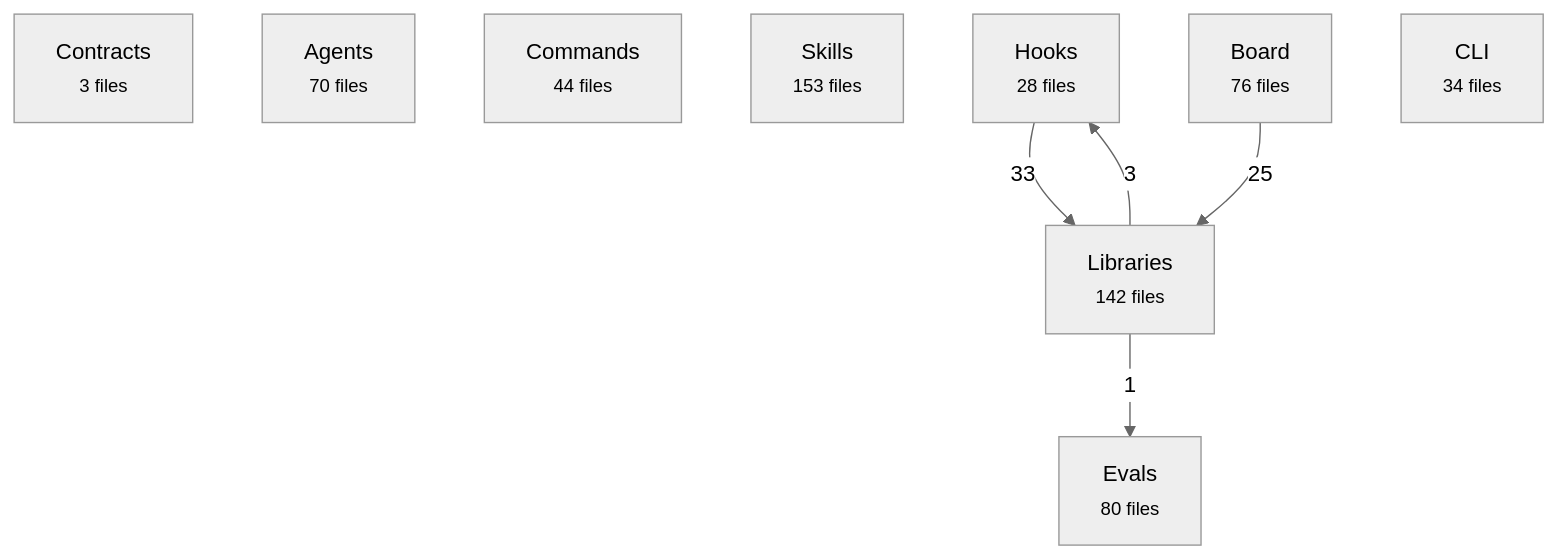
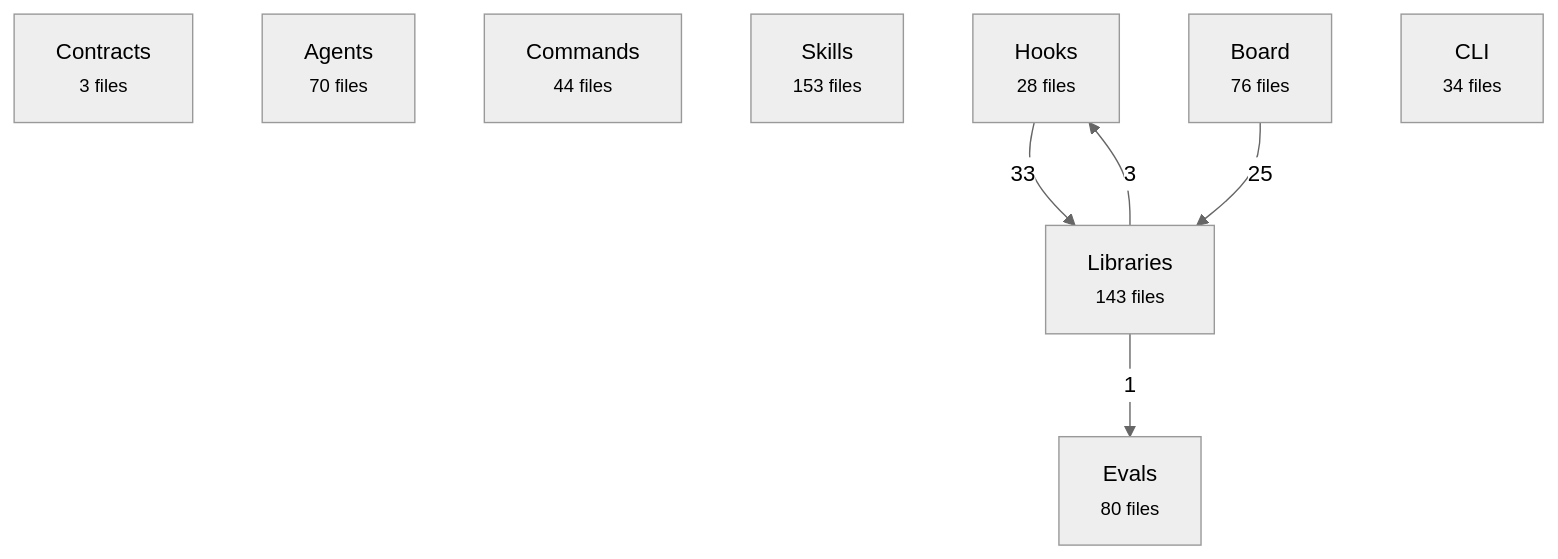
Before and after one commit to avelikiy/great_cto: the first of 2 diagrams in docs/reference/architecture-map.md, drawn with Mermaid (neutral theme). The commit also changed other lines of this file and 8 other files, not shown here.

````diff
--- a/docs/reference/architecture-map.md
+++ b/docs/reference/architecture-map.md
@@ -20,16 +20,16 @@
 ```mermaid
 flowchart TD
   contracts["Contracts<br/><small>3 files</small>"]
   agents["Agents<br/><small>70 files</small>"]
   commands["Commands<br/><small>44 files</small>"]
   skills["Skills<br/><small>153 files</small>"]
   hooks["Hooks<br/><small>28 files</small>"]
-  libs["Libraries<br/><small>142 files</small>"]
+  libs["Libraries<br/><small>143 files</small>"]
   board["Board<br/><small>76 files</small>"]
   cli["CLI<br/><small>34 files</small>"]
   evals["Evals<br/><small>80 files</small>"]
   hooks -->|33| libs
   board -->|25| libs
   libs -->|3| hooks
   libs -->|1| evals
 ```
````
